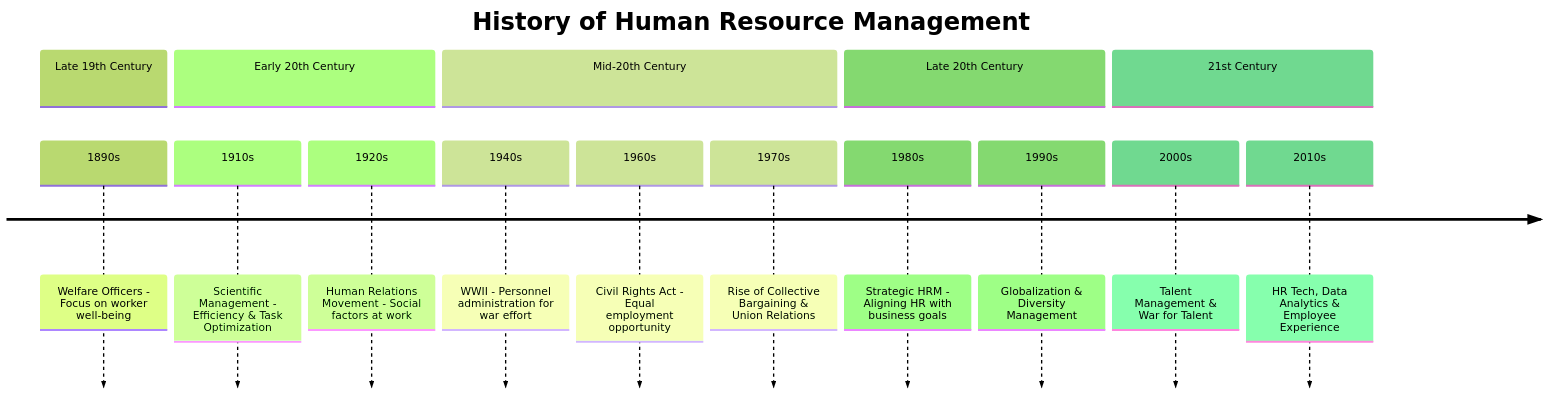
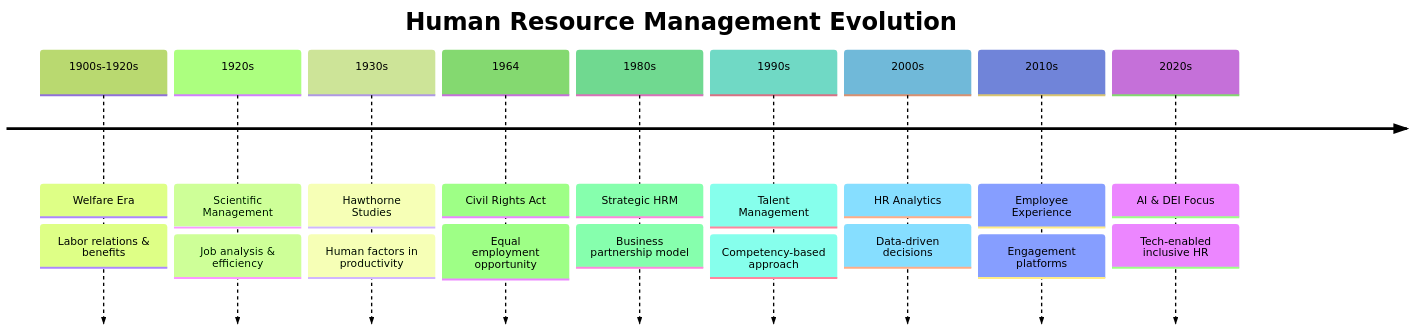
The diagram in timeline/Business and Administration/markdowns/260_human_resource_management.md (elidepb/mermaid_corpus), drawn with Mermaid (forest theme) before and after one commit. The commit also changed 3129 other files, not shown here.

````diff
--- a/timeline/Business and Administration/markdowns/260_human_resource_management.md
+++ b/timeline/Business and Administration/markdowns/260_human_resource_management.md
@@ -1,19 +1,22 @@
 ```mermaid
 timeline
-    title History of Human Resource Management
-    section Late 19th Century
-        1890s : Welfare Officers - Focus on worker well-being
-    section Early 20th Century
-        1910s : Scientific Management - Efficiency & Task Optimization
-        1920s : Human Relations Movement - Social factors at work
-    section Mid-20th Century
-        1940s : WWII - Personnel administration for war effort
-        1960s : Civil Rights Act - Equal employment opportunity
-        1970s : Rise of Collective Bargaining & Union Relations
-    section Late 20th Century
-        1980s : Strategic HRM - Aligning HR with business goals
-        1990s : Globalization & Diversity Management
-    section 21st Century
-        2000s : Talent Management & War for Talent
-        2010s : HR Tech, Data Analytics & Employee Experience
+    title Human Resource Management Evolution
+    1900s-1920s : Welfare Era
+                : Labor relations & benefits
+    1920s : Scientific Management
+          : Job analysis & efficiency
+    1930s : Hawthorne Studies
+          : Human factors in productivity
+    1964 : Civil Rights Act
+         : Equal employment opportunity
+    1980s : Strategic HRM
+          : Business partnership model
+    1990s : Talent Management
+          : Competency-based approach
+    2000s : HR Analytics
+          : Data-driven decisions
+    2010s : Employee Experience
+          : Engagement platforms
+    2020s : AI & DEI Focus
+          : Tech-enabled inclusive HR
 ```
````
